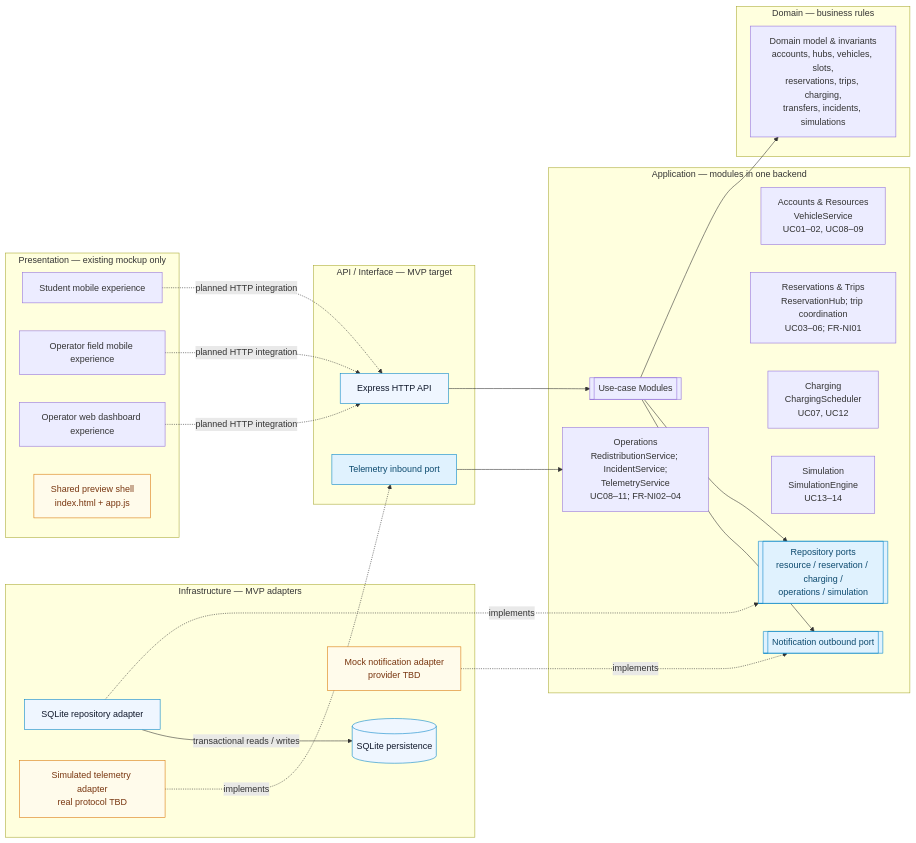
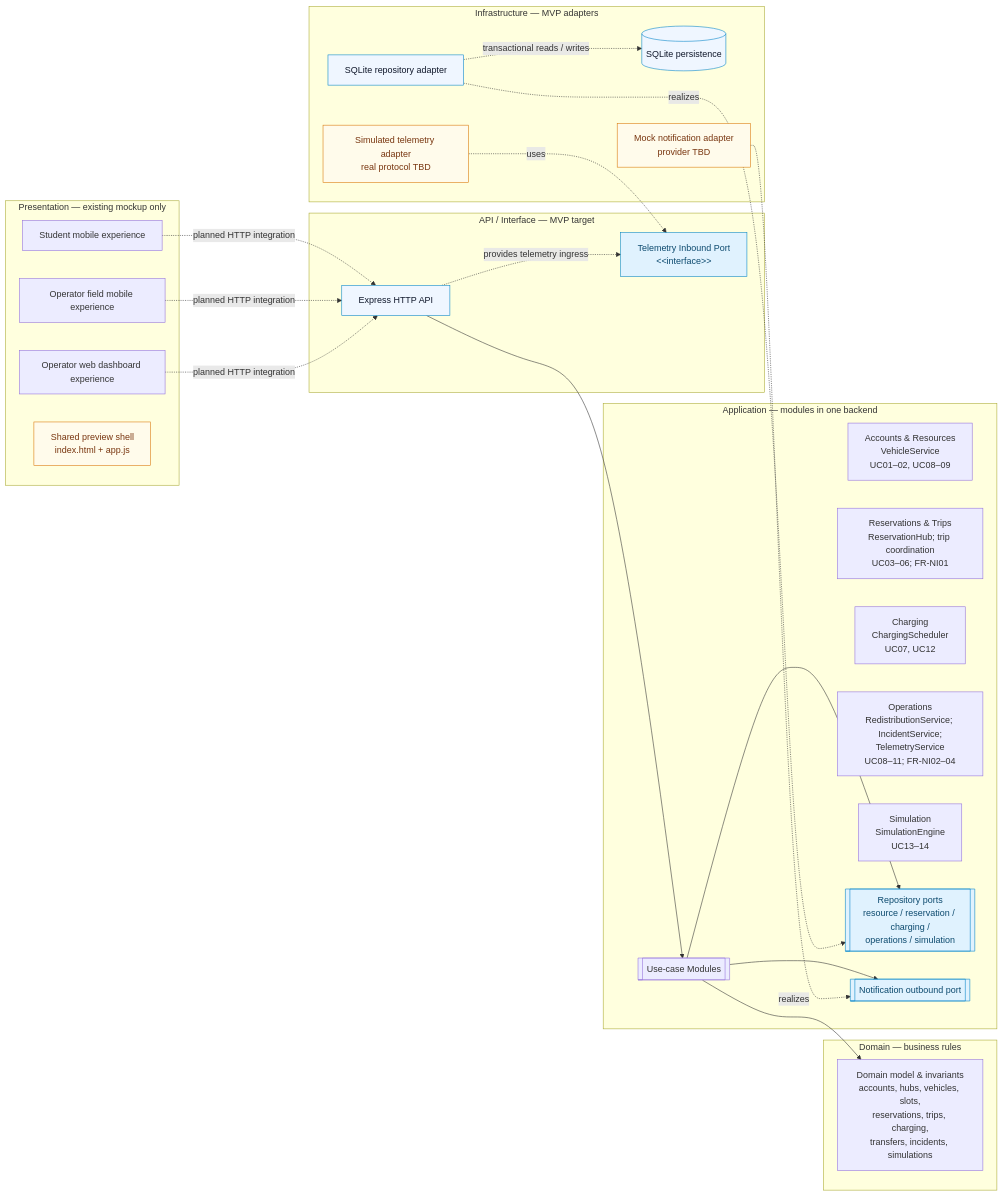
The diagram in 01_Diagram/06_Development_View/DV01-Component_Diagram.mmd (YdtTran/software-engineerning), drawn with Mermaid before and after one commit. The commit also changed 7 other files, not shown here.

```diff
--- a/01_Diagram/06_Development_View/DV01-Component_Diagram.mmd
+++ b/01_Diagram/06_Development_View/DV01-Component_Diagram.mmd
@@ -1,59 +1,59 @@
 flowchart LR
     subgraph presentation["Presentation — existing mockup only"]
         student["Student mobile experience"]
         opmobile["Operator field mobile experience"]
         opweb["Operator web dashboard experience"]
         preview["Shared preview shell<br/>index.html + app.js"]
     end
     student -. "planned HTTP integration" .-> http
     opmobile -. "planned HTTP integration" .-> http
     opweb -. "planned HTTP integration" .-> http
 
     subgraph api["API / Interface — MVP target"]
         http["Express HTTP API"]
-        telemetryIn["Telemetry inbound port"]
+        telemetryIn["Telemetry Inbound Port<br/>&lt;&lt;interface&gt;&gt;"]
     end
 
     subgraph application["Application — modules in one backend"]
         accounts["Accounts & Resources<br/>VehicleService<br/>UC01–02, UC08–09"]
         reservations["Reservations & Trips<br/>ReservationHub; trip coordination<br/>UC03–06; FR-NI01"]
         charging["Charging<br/>ChargingScheduler<br/>UC07, UC12"]
         operations["Operations<br/>RedistributionService; IncidentService;<br/>TelemetryService<br/>UC08–11; FR-NI02–04"]
         simulation["Simulation<br/>SimulationEngine<br/>UC13–14"]
         useCaseModules[["Use-case Modules"]]
         repoPort[["Repository ports<br/>resource / reservation / charging /<br/>operations / simulation"]]
         notificationPort[["Notification outbound port"]]
     end
 
     subgraph domain["Domain — business rules"]
         domainModel["Domain model & invariants<br/>accounts, hubs, vehicles, slots,<br/>reservations, trips, charging,<br/>transfers, incidents, simulations"]
     end
 
     subgraph infrastructure["Infrastructure — MVP adapters"]
         sqliteAdapter["SQLite repository adapter"]
         sqlite[("SQLite persistence")]
         simulatedTelemetry["Simulated telemetry adapter<br/>real protocol TBD"]
         mockNotification["Mock notification adapter<br/>provider TBD"]
     end
 
     http --> useCaseModules
 
     useCaseModules --> domainModel
     useCaseModules --> repoPort
     useCaseModules --> notificationPort
-    telemetryIn --> operations
+    http -. "provides telemetry ingress" .-> telemetryIn
 
-    sqliteAdapter -. "implements" .-> repoPort
-    sqliteAdapter -->|"transactional reads / writes"| sqlite
-    simulatedTelemetry -. "implements" .-> telemetryIn
-    mockNotification -. "implements" .-> notificationPort
+    sqliteAdapter -. "realizes" .-> repoPort
+    sqliteAdapter -. "transactional reads / writes" .-> sqlite
+    simulatedTelemetry -. "uses" .-> telemetryIn
+    mockNotification -. "realizes" .-> notificationPort
 
     classDef target fill:#eff6ff,stroke:#0284c7,color:#0f172a;
     classDef port fill:#e0f2fe,stroke:#0284c7,color:#0c4a6e;
     classDef mock fill:#fffbeb,stroke:#d97706,color:#78350f;
     class http,sqlite,sqliteAdapter target;
     class telemetryIn,repoPort,notificationPort port;
     class simulatedTelemetry,mockNotification,preview mock;
 
-    %% Mermaid does not express UML component/interface realization exactly.
-    %% This preview shows logical dependencies; it does not represent deployment nodes.
+    %% Mermaid shows interface and realization semantics descriptively; use PlantUML for exact UML notation.
+    %% The diagram does not represent deployment nodes.
```
